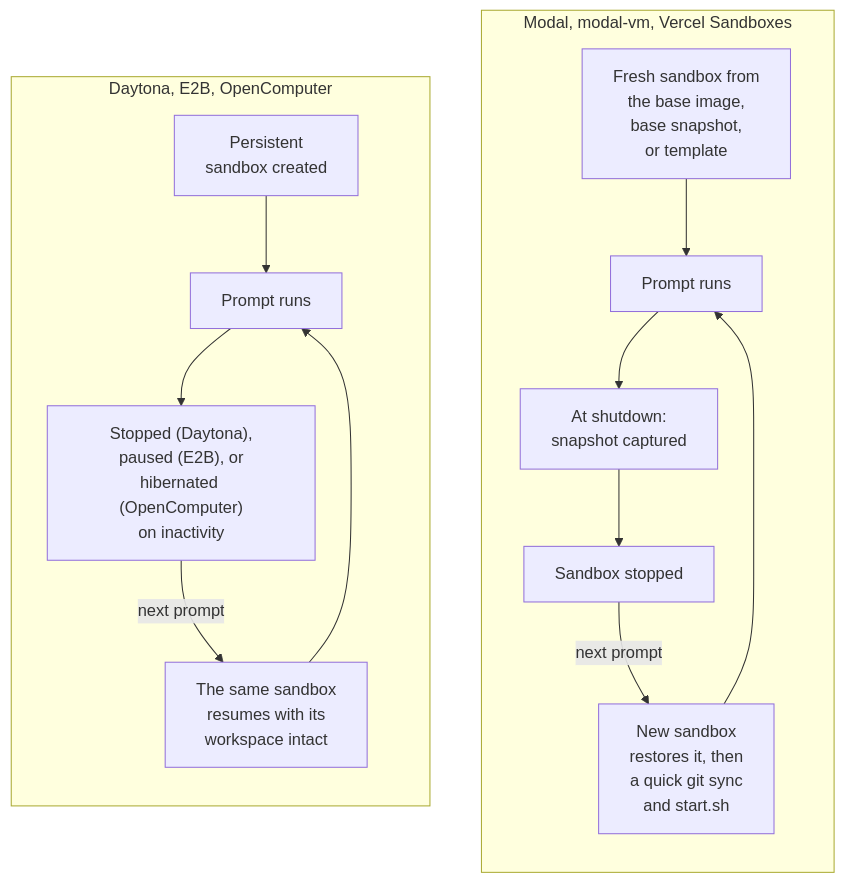
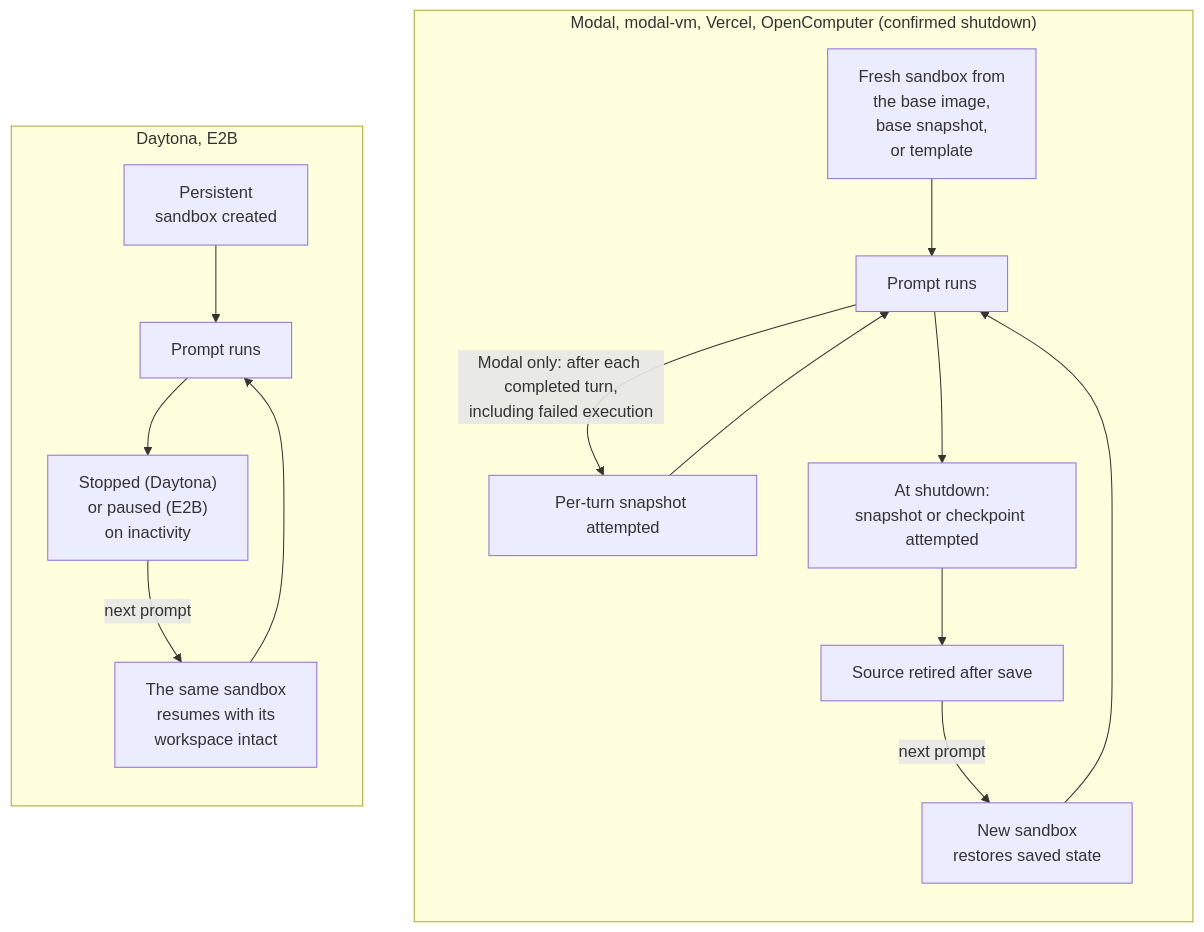
The diagram in packages/docs/content/docs/configure/sandbox-providers.mdx (ColeMurray/background-agents), drawn with Mermaid before and after one commit. The commit also changed other lines of this file and 16 other files, not shown here.

````diff
--- a/packages/docs/content/docs/configure/sandbox-providers.mdx
+++ b/packages/docs/content/docs/configure/sandbox-providers.mdx
@@ -43,19 +43,21 @@
 ```mermaid
 flowchart TB
     accTitle: Snapshot-based providers compared with persistent providers
-    subgraph snap["Modal, modal-vm, Vercel Sandboxes"]
+    subgraph snap["Modal, modal-vm, Vercel, OpenComputer (confirmed shutdown)"]
         direction TB
         s1["Fresh sandbox from<br/>the base image,<br/>base snapshot,<br/>or template"] --> s2["Prompt runs"]
-        s2 --> s3["At shutdown:<br/>snapshot captured"]
-        s3 --> s4["Sandbox stopped"]
-        s4 -- "next prompt" --> s5["New sandbox<br/>restores it, then<br/>a quick git sync<br/>and start.sh"]
+        s2 -- "Modal only: after each completed turn,<br/>including failed execution" --> st["Per-turn snapshot attempted"]
+        st --> s2
+        s2 --> s3["At shutdown:<br/>snapshot or checkpoint attempted"]
+        s3 --> s4["Source retired after save"]
+        s4 -- "next prompt" --> s5["New sandbox<br/>restores saved state"]
         s5 --> s2
     end
-    subgraph persist["Daytona, E2B, OpenComputer"]
+    subgraph persist["Daytona, E2B"]
         direction TB
         p1["Persistent<br/>sandbox created"] --> p2["Prompt runs"]
-        p2 --> p3["Stopped (Daytona),<br/>paused (E2B), or<br/>hibernated (OpenComputer)<br/>on inactivity"]
+        p2 --> p3["Stopped (Daytona)<br/>or paused (E2B)<br/>on inactivity"]
         p3 -- "next prompt" --> p4["The same sandbox<br/>resumes with its<br/>workspace intact"]
         p4 --> p2
     end
 ```
````
